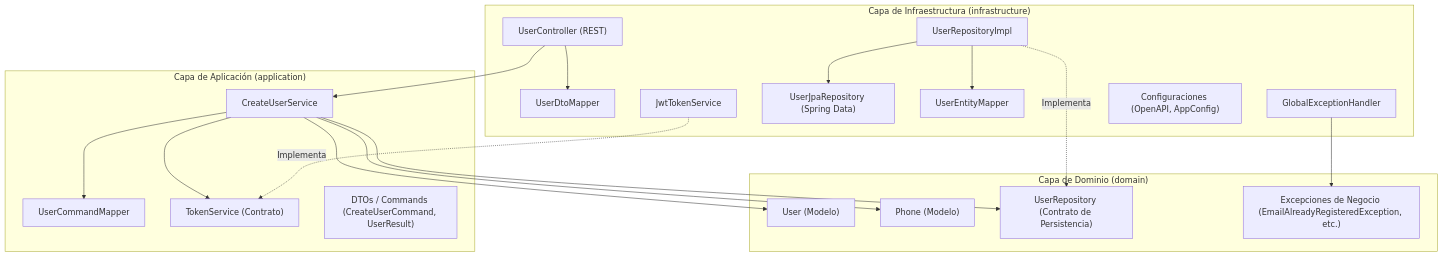
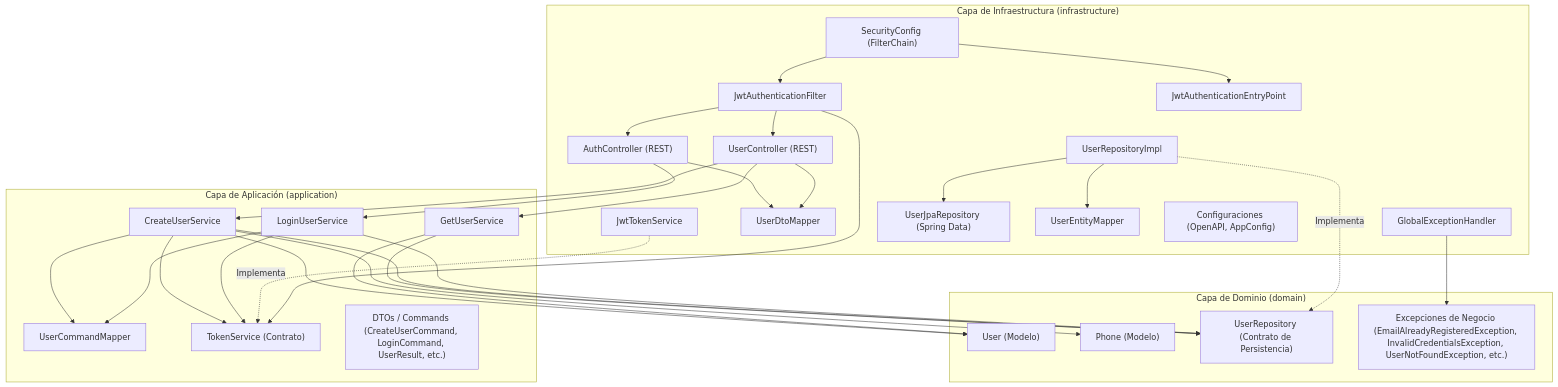
One commit to andresgouts/user-demo changed the first of 4 diagrams in README.md. Above: the diagram before and after it, drawn with Mermaid. The commit also changed other lines of this file and 16 other files, not shown here.

````diff
--- a/README.md
+++ b/README.md
@@ -12,40 +12,60 @@
 ```mermaid
 graph TD
     subgraph Infrastructure ["Capa de Infraestructura (infrastructure)"]
+        SEC_CFG["SecurityConfig (FilterChain)"]
+        JWT_FLT["JwtAuthenticationFilter"]
+        JWT_ENTRY["JwtAuthenticationEntryPoint"]
+        JWT_SRV["JwtTokenService"]
         UC["UserController (REST)"]
+        AC["AuthController (REST)"]
         UDM["UserDtoMapper"]
         GEH["GlobalExceptionHandler"]
         JPA_REPO["UserJpaRepository (Spring Data)"]
         USER_REPO_IMPL["UserRepositoryImpl"]
         UEM["UserEntityMapper"]
-        JWT_SRV["JwtTokenService"]
         CFG["Configuraciones (OpenAPI, AppConfig)"]
     end
 
     subgraph Application ["Capa de Aplicación (application)"]
-        SVC["CreateUserService"]
+        CUS["CreateUserService"]
+        GUS["GetUserService"]
+        LUS["LoginUserService"]
         UCM["UserCommandMapper"]
         TS["TokenService (Contrato)"]
-        CMD["DTOs / Commands (CreateUserCommand, UserResult)"]
+        CMD["DTOs / Commands (CreateUserCommand, LoginCommand, UserResult, etc.)"]
     end
 
     subgraph Domain ["Capa de Dominio (domain)"]
         USER["User (Modelo)"]
         PHONE["Phone (Modelo)"]
         UREPO["UserRepository (Contrato de Persistencia)"]
-        EXC["Excepciones de Negocio (EmailAlreadyRegisteredException, etc.)"]
+        EXC["Excepciones de Negocio (EmailAlreadyRegisteredException, InvalidCredentialsException, UserNotFoundException, etc.)"]
     end
 
+    SEC_CFG --> JWT_FLT
+    SEC_CFG --> JWT_ENTRY
+    JWT_FLT --> TS
+    JWT_SRV -.->|Implementa| TS
+    JWT_FLT --> UC
+    JWT_FLT --> AC
+
     UC --> UDM
-    UC --> SVC
-    SVC --> UCM
-    SVC --> UREPO
-    SVC --> TS
-    SVC --> USER
-    SVC --> PHONE
+    UC --> CUS
+    UC --> GUS
+    AC --> UDM
+    AC --> LUS
+    LUS --> UREPO
+    LUS --> TS
+    LUS --> UCM
+    CUS --> UCM
+    CUS --> UREPO
+    CUS --> TS
+    GUS --> UREPO
+    GUS --> USER
+    CUS --> USER
+    CUS --> PHONE
     USER_REPO_IMPL -.->|Implementa| UREPO
     USER_REPO_IMPL --> UEM
     USER_REPO_IMPL --> JPA_REPO
-    JWT_SRV -.->|Implementa| TS
     GEH --> EXC
 ```
````
